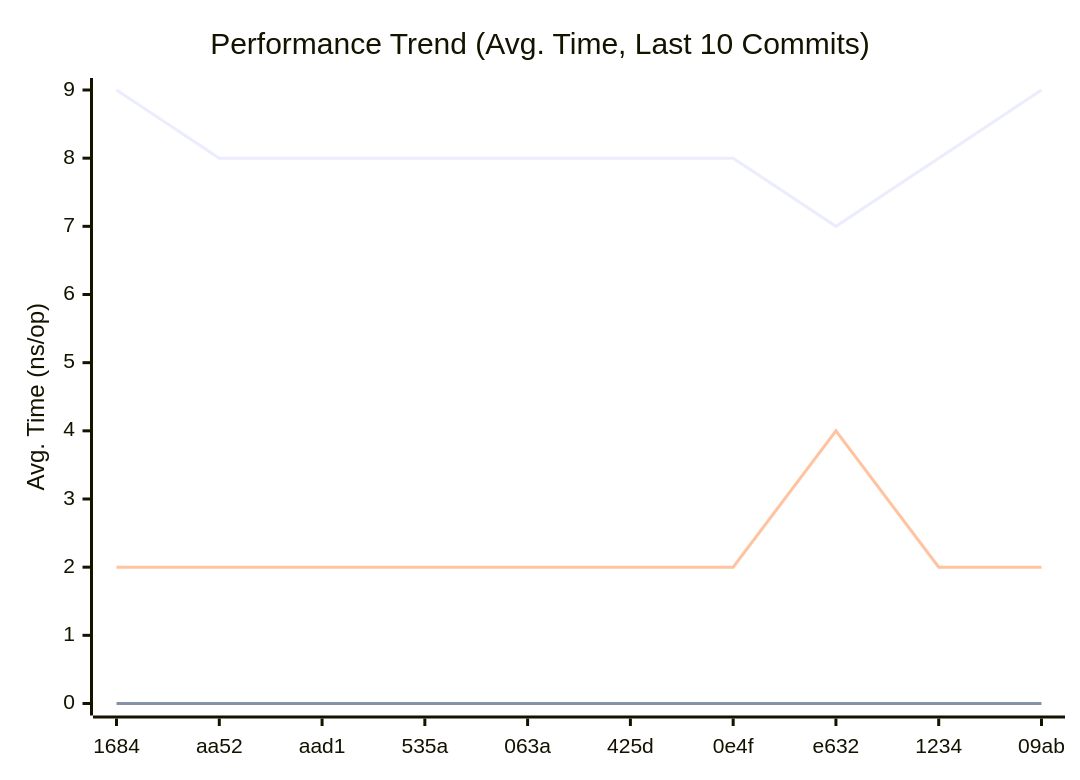
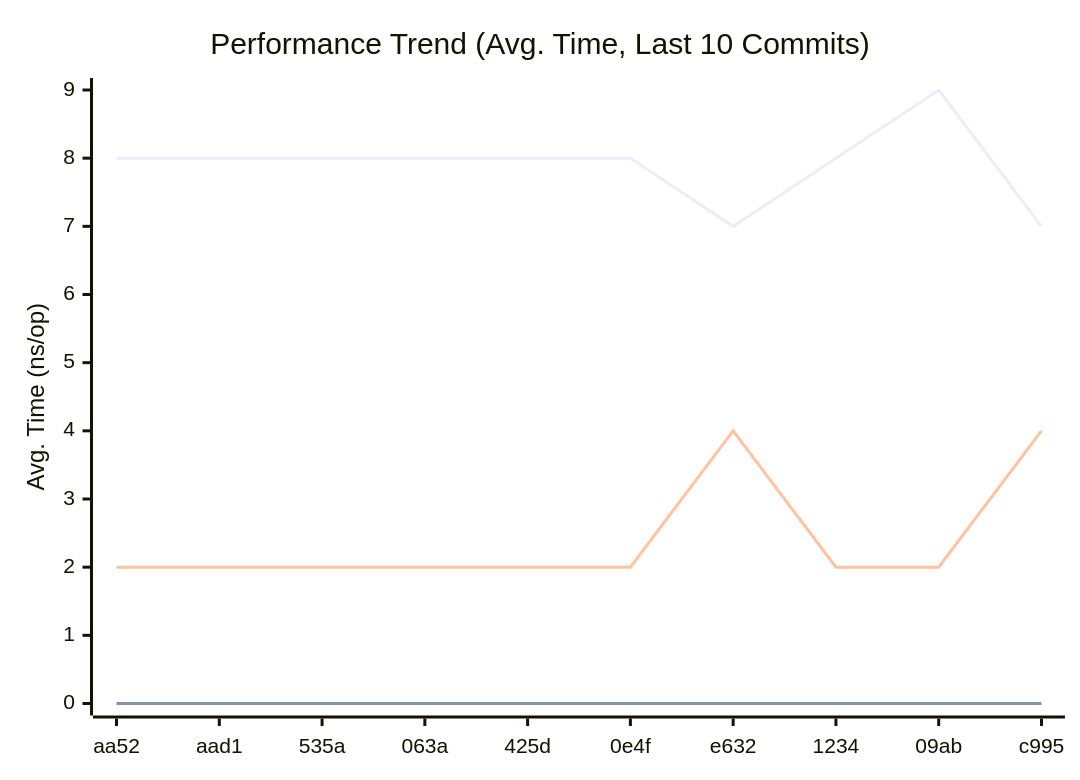
The first of 3 diagrams in doc/README.md (alsotoes/momo), drawn with Mermaid before and after one commit. The commit also changed other lines of this file and 1 other file, not shown here.

````diff
--- a/doc/README.md
+++ b/doc/README.md
@@ -290,10 +290,10 @@
 ```mermaid
 xychart-beta
     title "Performance Trend (Avg. Time, Last 10 Commits)"
     x-axis "Commit"
     y-axis "Avg. Time (ns/op)"
-    x-axis [1684,aa52,aad1,535a,063a,425d,0e4f,e632,1234,09ab]
-    line "CheckMetricsAndSwap" [9,8,8,8,8,8,8,7,8,9]
+    x-axis [aa52,aad1,535a,063a,425d,0e4f,e632,1234,09ab,c995]
+    line "CheckMetricsAndSwap" [8,8,8,8,8,8,7,8,9,7]
     line "IndexDirectTracking" [0,0,0,0,0,0,0,0,0,0]
-    line "IndexSearch" [2,2,2,2,2,2,2,4,2,2]
+    line "IndexSearch" [2,2,2,2,2,2,4,2,2,4]
 ```
````
